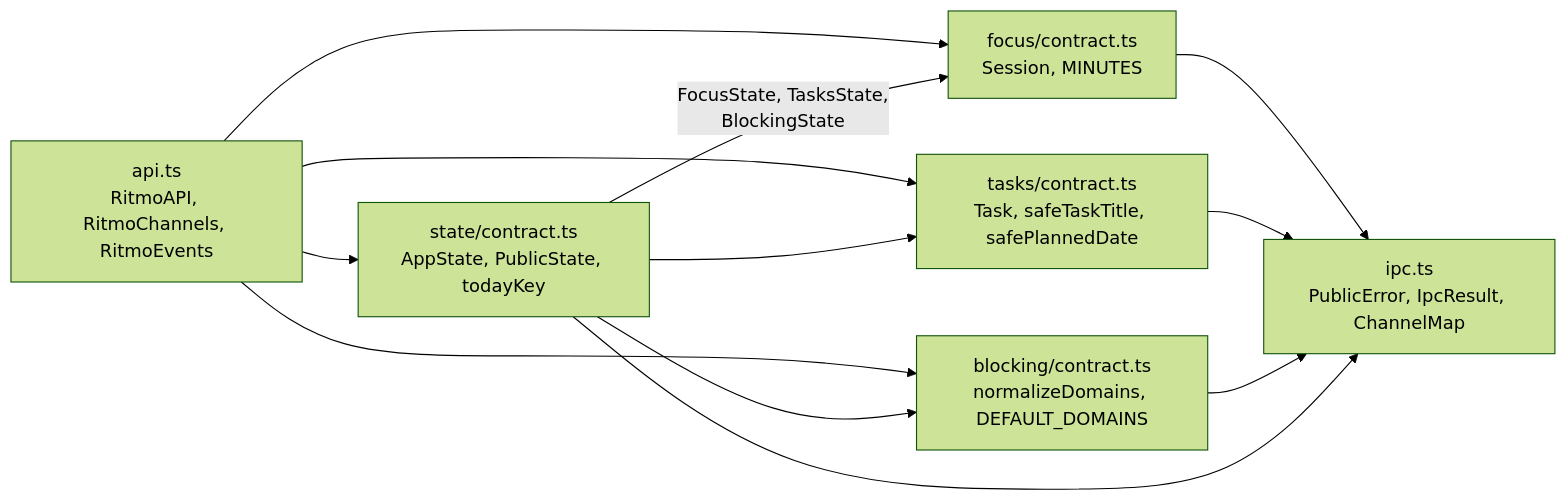
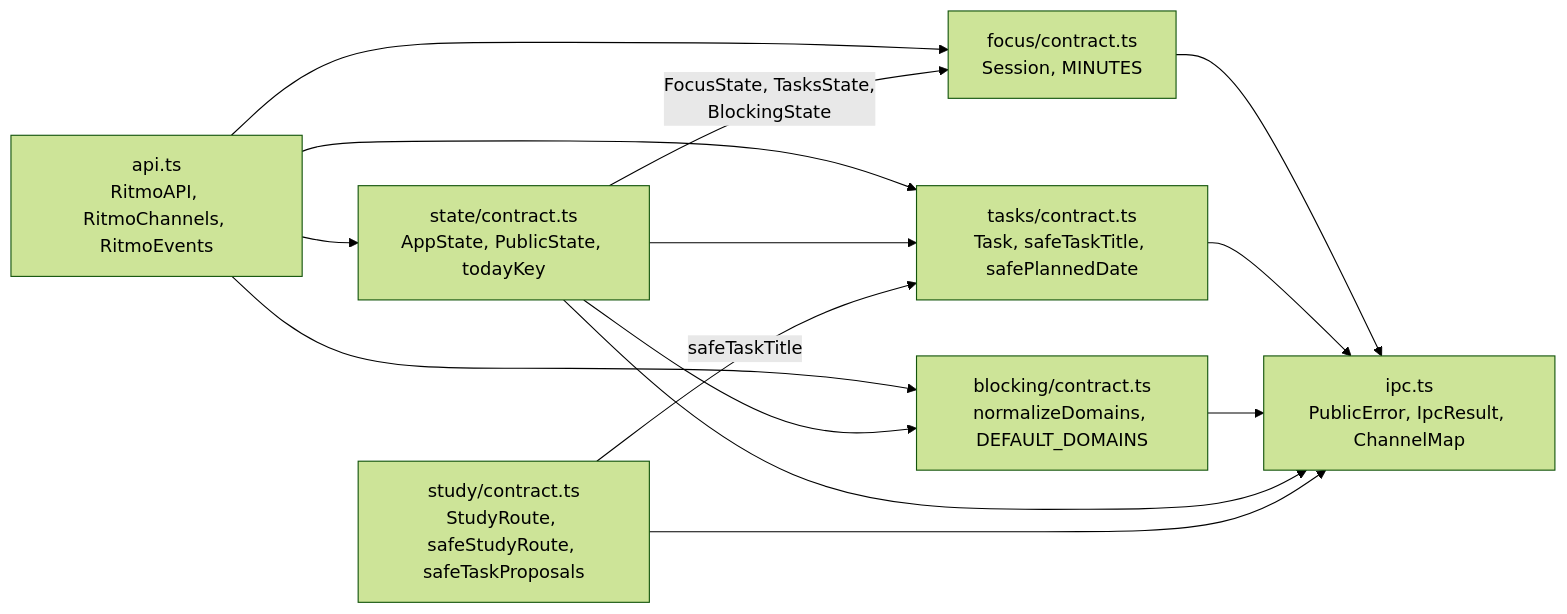
The second of 13 diagrams in docs/arquitectura.md (DevJuan95/ritmo), drawn with Mermaid (forest theme) before and after one commit. The commit also changed other lines of this file and 4 other files, not shown here.

````diff
--- a/docs/arquitectura.md
+++ b/docs/arquitectura.md
@@ -47,21 +47,24 @@
 ```mermaid
 flowchart LR
   api["api.ts<br/>RitmoAPI, RitmoChannels, RitmoEvents"]
   state["state/contract.ts<br/>AppState, PublicState, todayKey"]
   focus["focus/contract.ts<br/>Session, MINUTES"]
   tasks["tasks/contract.ts<br/>Task, safeTaskTitle, safePlannedDate"]
   blocking["blocking/contract.ts<br/>normalizeDomains, DEFAULT_DOMAINS"]
+  study["study/contract.ts<br/>StudyRoute, safeStudyRoute, safeTaskProposals"]
   ipc["ipc.ts<br/>PublicError, IpcResult, ChannelMap"]
 
   api --> state
   api --> focus
   api --> tasks
   api --> blocking
   state -- "FocusState, TasksState,<br/>BlockingState" --> focus
   state --> tasks
   state --> blocking
   focus --> ipc
   tasks --> ipc
   blocking --> ipc
   state --> ipc
+  study -- "safeTaskTitle" --> tasks
+  study --> ipc
 ```
````
